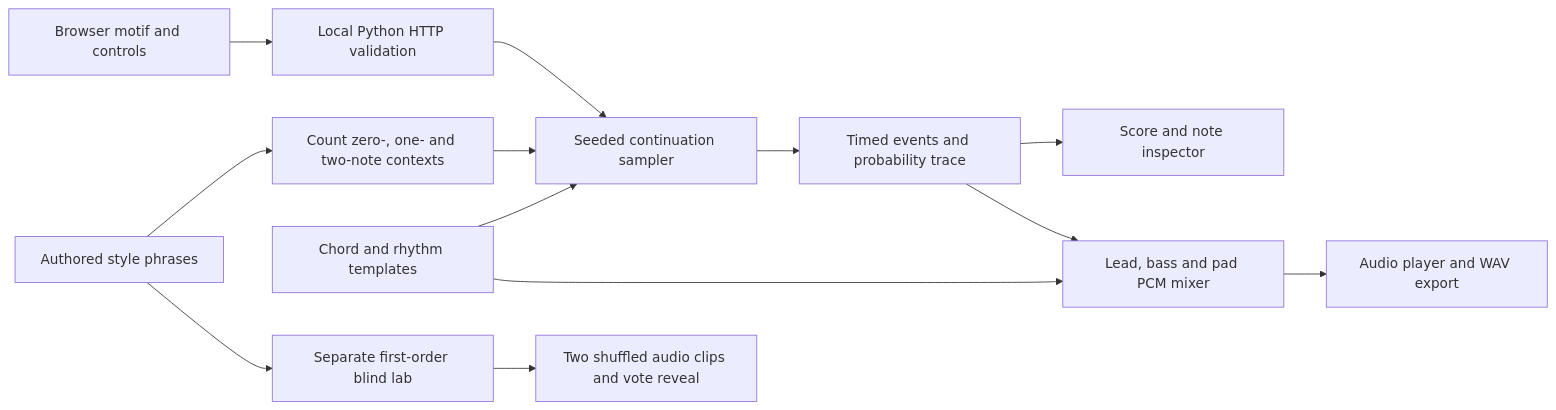
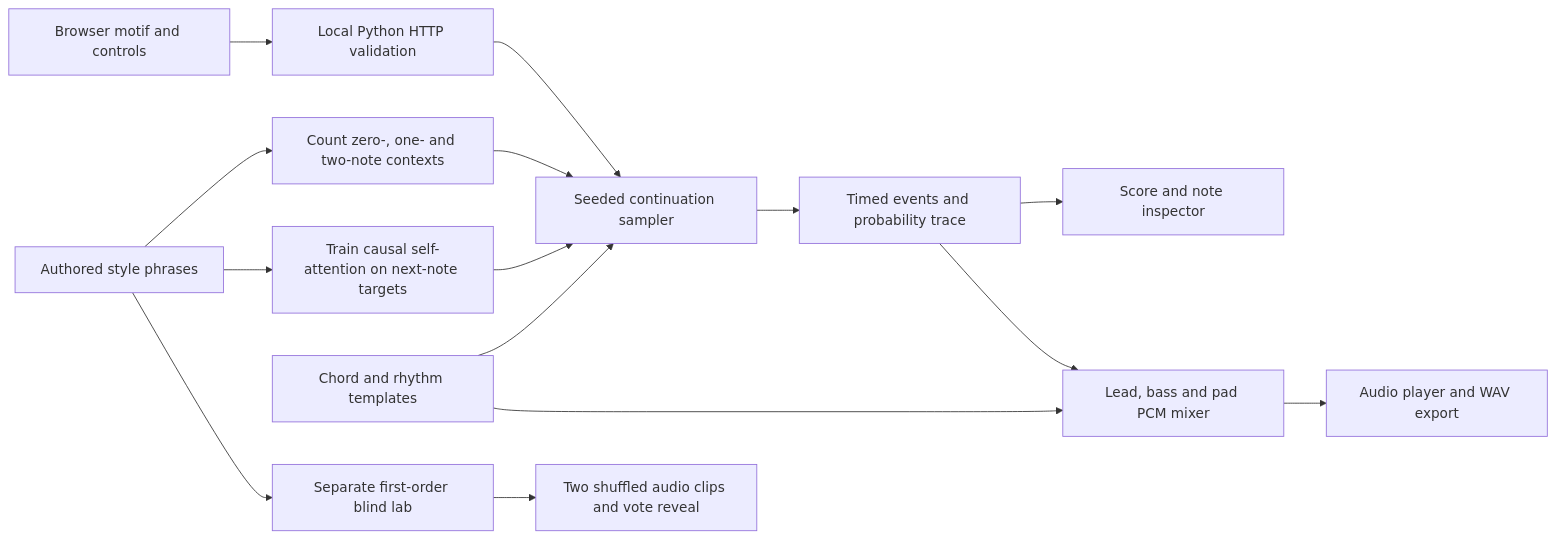
One commit to Utkrisht-sum/Gen-AI-Project changed the diagram in DESIGN.md. Above: the diagram before and after it, drawn with Mermaid. The commit also changed other lines of this file and 10 other files, not shown here.

Commit message:
Teach causal self-attention through next-pitch generation and held-out evaluation

````diff
--- a/DESIGN.md
+++ b/DESIGN.md
@@ -36,15 +36,17 @@
 ```mermaid
 flowchart LR
   UI[Browser motif and controls] --> V[Local Python HTTP validation]
   V --> G[Seeded continuation sampler]
   P[Authored style phrases] --> T[Count zero-, one- and two-note contexts]
   T --> G
+  P --> N[Train causal self-attention on next-note targets]
+  N --> G
   H[Chord and rhythm templates] --> G
   G --> E[Timed events and probability trace]
   E --> S[Score and note inspector]
   E --> W[Lead, bass and pad PCM mixer]
   H --> W
   W --> A[Audio player and WAV export]
   P --> L[Separate first-order blind lab]
   L --> B[Two shuffled audio clips and vote reveal]
 ```
````
